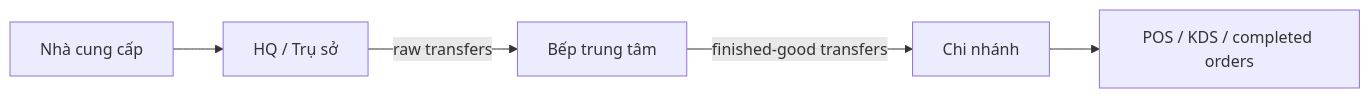
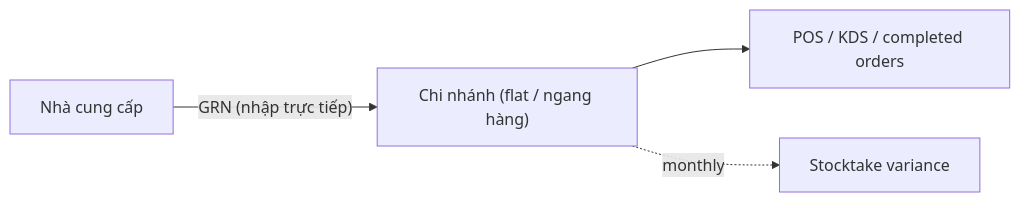
Before and after one commit to comtammatu/comtammatu: the third of 6 diagrams in docs/CODEBASE_MAP.md, drawn with Mermaid. The commit also changed other lines of this file and 32 other files, not shown here.

````diff
--- a/docs/CODEBASE_MAP.md
+++ b/docs/CODEBASE_MAP.md
@@ -140,7 +142,6 @@
 ```mermaid
 flowchart LR
-    supplier["Nhà cung cấp"] --> hq["HQ / Trụ sở"]
-    hq -->|raw transfers| ck["Bếp trung tâm"]
-    ck -->|finished-good transfers| br["Chi nhánh"]
+    supplier["Nhà cung cấp"] -->|"GRN (nhập trực tiếp)"| br["Chi nhánh (flat / ngang hàng)"]
     br --> pos["POS / KDS / completed orders"]
+    br -.->|"monthly"| st["Stocktake variance"]
 ```
````
